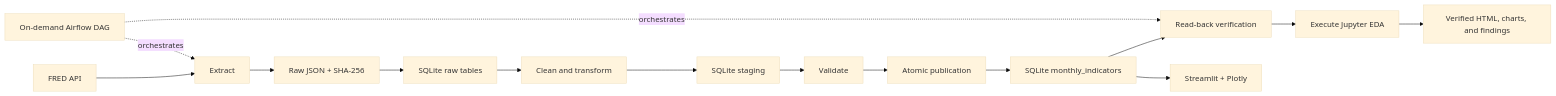
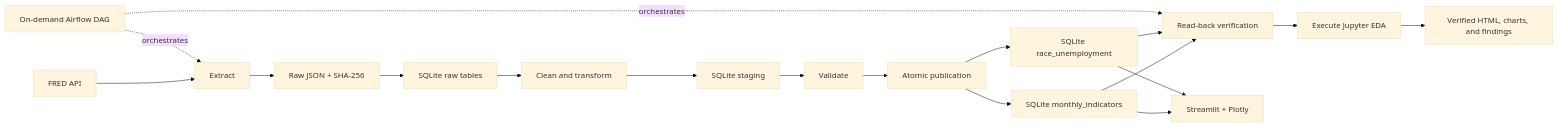
Before and after one commit to xingsun19/us-macroeconomic-pipeline-dashboard: the diagram in docs/architecture.md, drawn with Mermaid (base theme). The commit also changed other lines of this file and 43 other files, not shown here.

Commit message:
Add race and ethnicity unemployment pipeline, analysis, and dashboard

````diff
--- a/docs/architecture.md
+++ b/docs/architecture.md
@@ -3,17 +3,20 @@
 ```mermaid
 flowchart LR
     F[FRED API] --> E[Extract]
     E --> J[Raw JSON + SHA-256]
     J --> R[SQLite raw tables]
     R --> C[Clean and transform]
     C --> S[SQLite staging]
     S --> V[Validate]
     V --> P[Atomic publication]
     P --> M[SQLite monthly_indicators]
+    P --> U[SQLite race_unemployment]
     M --> Q[Read-back verification]
+    U --> Q
     Q --> N[Execute Jupyter EDA]
     N --> H[Verified HTML, charts, and findings]
     M --> D[Streamlit + Plotly]
+    U --> D
     A[On-demand Airflow DAG] -. orchestrates .-> E
     A -. orchestrates .-> Q
 ```
````
